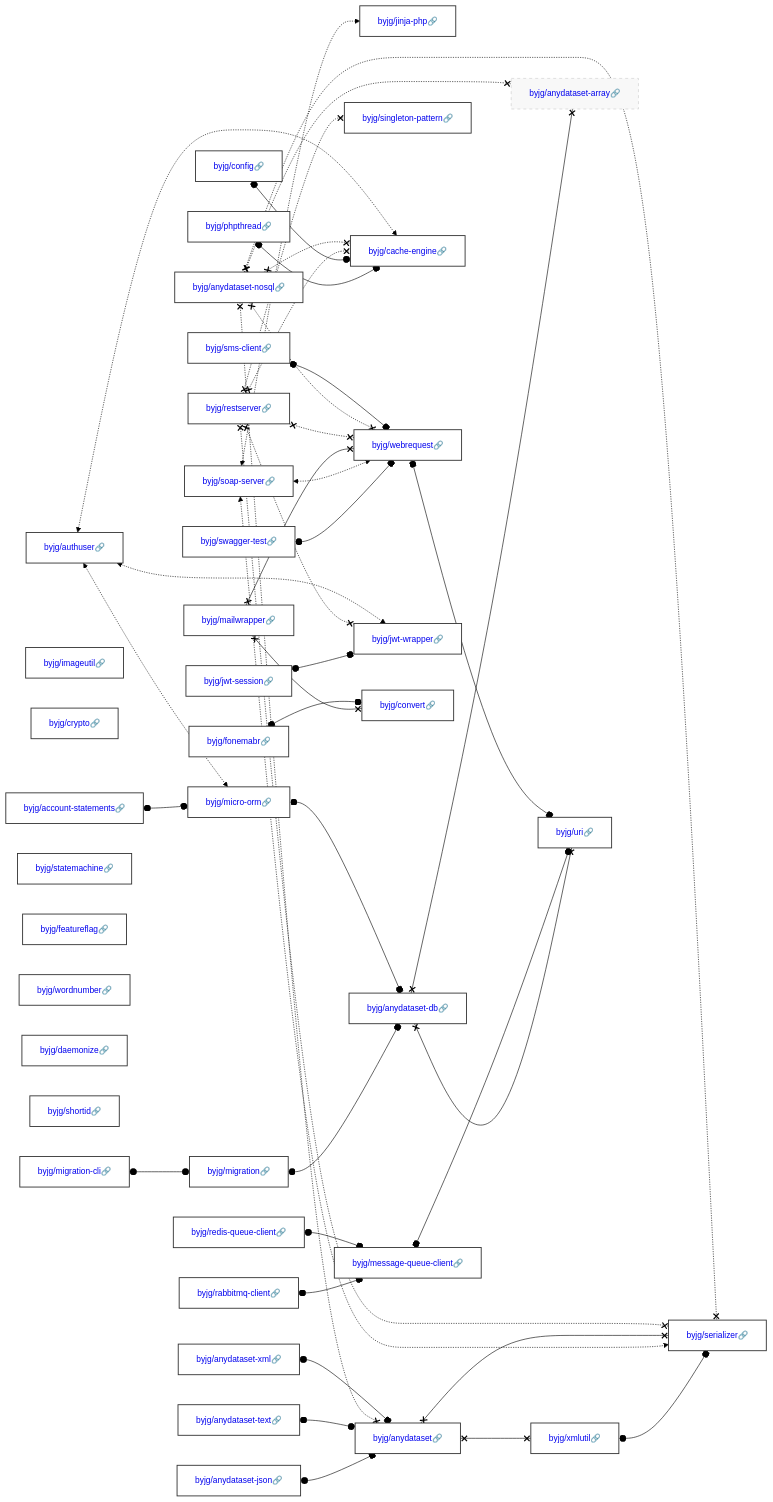
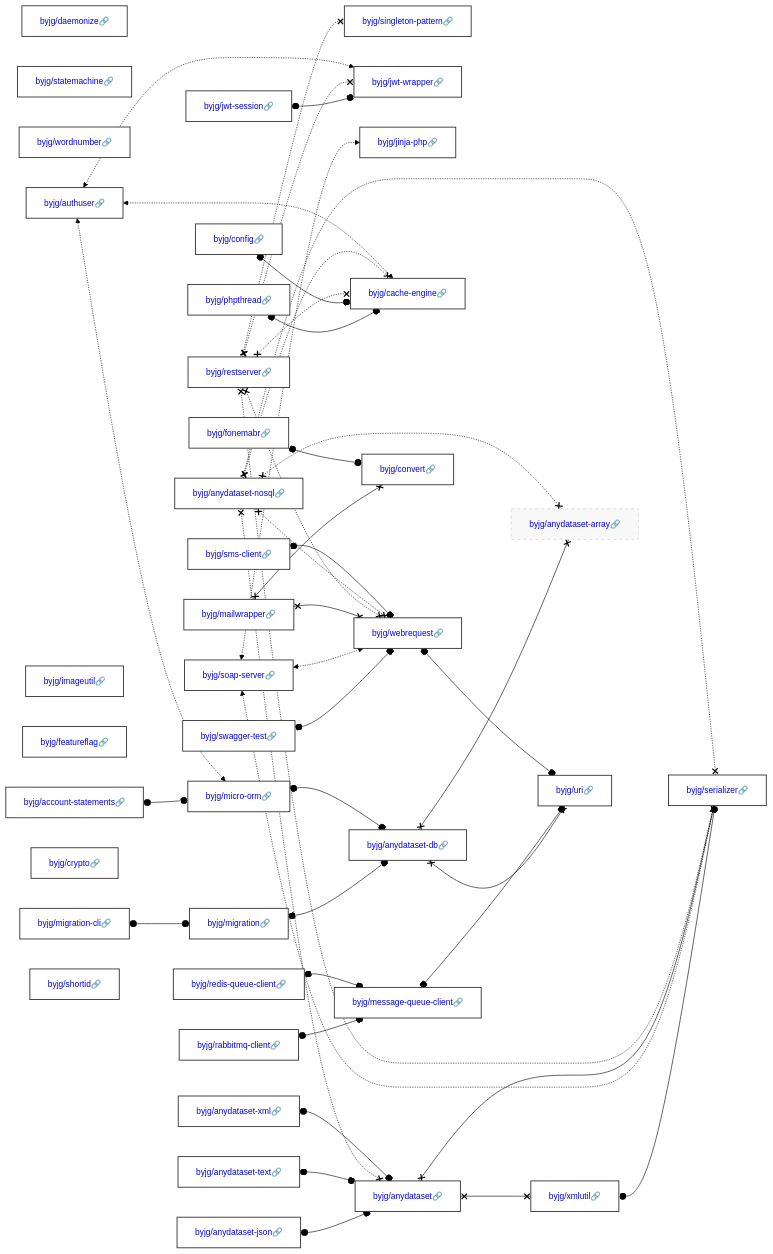
Before and after one commit to byjg/byjg.github.io: the diagram in docs/php/README.md, drawn with Mermaid (forest theme). The commit also changed other lines of this file, not shown here.

Commit message:
Update documentation 'php' 'php-shortid'

````diff
--- a/docs/php/README.md
+++ b/docs/php/README.md
@@ -3,45 +3,45 @@
 ```mermaid
 graph LR;
+  byjg/daemonize[<a href='https://opensource.byjg.com/docs/php/daemonize' style='text-decoration:none'>byjg/daemonize🔗</a>];
+  byjg/fonemabr[<a href='https://opensource.byjg.com/docs/php/fonemabr' style='text-decoration:none'>byjg/fonemabr🔗</a>];
+  byjg/statemachine[<a href='https://opensource.byjg.com/docs/php/statemachine' style='text-decoration:none'>byjg/statemachine🔗</a>];
+  byjg/wordnumber[<a href='https://opensource.byjg.com/docs/php/wordnumber' style='text-decoration:none'>byjg/wordnumber🔗</a>];
+  byjg/restserver[<a href='https://opensource.byjg.com/docs/php/restserver' style='text-decoration:none'>byjg/restserver🔗</a>];
+  byjg/anydataset-text[<a href='https://opensource.byjg.com/docs/php/anydataset-text' style='text-decoration:none'>byjg/anydataset-text🔗</a>];
   byjg/migration-cli[<a href='https://opensource.byjg.com/docs/php/migration-cli' style='text-decoration:none'>byjg/migration-cli🔗</a>];
+  byjg/imageutil[<a href='https://opensource.byjg.com/docs/php/imageutil' style='text-decoration:none'>byjg/imageutil🔗</a>];
+  byjg/sms-client[<a href='https://opensource.byjg.com/docs/php/sms-client' style='text-decoration:none'>byjg/sms-client🔗</a>];
+  byjg/featureflag[<a href='https://opensource.byjg.com/docs/php/featureflag' style='text-decoration:none'>byjg/featureflag🔗</a>];
+  byjg/phpthread[<a href='https://opensource.byjg.com/docs/php/phpthread' style='text-decoration:none'>byjg/phpthread🔗</a>];
+  byjg/authuser[<a href='https://opensource.byjg.com/docs/php/authuser' style='text-decoration:none'>byjg/authuser🔗</a>];
+  byjg/jwt-session[<a href='https://opensource.byjg.com/docs/php/jwt-session' style='text-decoration:none'>byjg/jwt-session🔗</a>];
+  byjg/soap-server[<a href='https://opensource.byjg.com/docs/php/soap-server' style='text-decoration:none'>byjg/soap-server🔗</a>];
+  byjg/crypto[<a href='https://opensource.byjg.com/docs/php/crypto' style='text-decoration:none'>byjg/crypto🔗</a>];
+  byjg/account-statements[<a href='https://opensource.byjg.com/docs/php/account-statements' style='text-decoration:none'>byjg/account-statements🔗</a>];
+  byjg/rabbitmq-client[<a href='https://opensource.byjg.com/docs/php/rabbitmq-client' style='text-decoration:none'>byjg/rabbitmq-client🔗</a>];
   byjg/anydataset-xml[<a href='https://opensource.byjg.com/docs/php/anydataset-xml' style='text-decoration:none'>byjg/anydataset-xml🔗</a>];
-  byjg/jwt-session[<a href='https://opensource.byjg.com/docs/php/jwt-session' style='text-decoration:none'>byjg/jwt-session🔗</a>];
-  byjg/imageutil[<a href='https://opensource.byjg.com/docs/php/imageutil' style='text-decoration:none'>byjg/imageutil🔗</a>];
-  byjg/crypto[<a href='https://opensource.byjg.com/docs/php/crypto' style='text-decoration:none'>byjg/crypto🔗</a>];
+  byjg/shortid[<a href='https://opensource.byjg.com/docs/php/shortid' style='text-decoration:none'>byjg/shortid🔗</a>];
+  byjg/swagger-test[<a href='https://opensource.byjg.com/docs/php/swagger-test' style='text-decoration:none'>byjg/swagger-test🔗</a>];
+  byjg/redis-queue-client[<a href='https://opensource.byjg.com/docs/php/redis-queue-client' style='text-decoration:none'>byjg/redis-queue-client🔗</a>];
+  byjg/anydataset-nosql[<a href='https://opensource.byjg.com/docs/php/anydataset-nosql' style='text-decoration:none'>byjg/anydataset-nosql🔗</a>];
   byjg/config[<a href='https://opensource.byjg.com/docs/php/config' style='text-decoration:none'>byjg/config🔗</a>];
-  byjg/authuser[<a href='https://opensource.byjg.com/docs/php/authuser' style='text-decoration:none'>byjg/authuser🔗</a>];
-  byjg/statemachine[<a href='https://opensource.byjg.com/docs/php/statemachine' style='text-decoration:none'>byjg/statemachine🔗</a>];
   byjg/anydataset-json[<a href='https://opensource.byjg.com/docs/php/anydataset-json' style='text-decoration:none'>byjg/anydataset-json🔗</a>];
-  byjg/redis-queue-client[<a href='https://opensource.byjg.com/docs/php/redis-queue-client' style='text-decoration:none'>byjg/redis-queue-client🔗</a>];
-  byjg/featureflag[<a href='https://opensource.byjg.com/docs/php/featureflag' style='text-decoration:none'>byjg/featureflag🔗</a>];
-  byjg/soap-server[<a href='https://opensource.byjg.com/docs/php/soap-server' style='text-decoration:none'>byjg/soap-server🔗</a>];
-  byjg/sms-client[<a href='https://opensource.byjg.com/docs/php/sms-client' style='text-decoration:none'>byjg/sms-client🔗</a>];
-  byjg/phpthread[<a href='https://opensource.byjg.com/docs/php/phpthread' style='text-decoration:none'>byjg/phpthread🔗</a>];
-  byjg/wordnumber[<a href='https://opensource.byjg.com/docs/php/wordnumber' style='text-decoration:none'>byjg/wordnumber🔗</a>];
-  byjg/anydataset-nosql[<a href='https://opensource.byjg.com/docs/php/anydataset-nosql' style='text-decoration:none'>byjg/anydataset-nosql🔗</a>];
-  byjg/swagger-test[<a href='https://opensource.byjg.com/docs/php/swagger-test' style='text-decoration:none'>byjg/swagger-test🔗</a>];
-  byjg/daemonize[<a href='https://opensource.byjg.com/docs/php/daemonize' style='text-decoration:none'>byjg/daemonize🔗</a>];
-  byjg/rabbitmq-client[<a href='https://opensource.byjg.com/docs/php/rabbitmq-client' style='text-decoration:none'>byjg/rabbitmq-client🔗</a>];
-  byjg/anydataset-text[<a href='https://opensource.byjg.com/docs/php/anydataset-text' style='text-decoration:none'>byjg/anydataset-text🔗</a>];
   byjg/mailwrapper[<a href='https://opensource.byjg.com/docs/php/mailwrapper' style='text-decoration:none'>byjg/mailwrapper🔗</a>];
-  byjg/restserver[<a href='https://opensource.byjg.com/docs/php/restserver' style='text-decoration:none'>byjg/restserver🔗</a>];
-  byjg/shortid[<a href='https://opensource.byjg.com/docs/php/shortid' style='text-decoration:none'>byjg/shortid🔗</a>];
-  byjg/fonemabr[<a href='https://opensource.byjg.com/docs/php/fonemabr' style='text-decoration:none'>byjg/fonemabr🔗</a>];
-  byjg/account-statements[<a href='https://opensource.byjg.com/docs/php/account-statements' style='text-decoration:none'>byjg/account-statements🔗</a>];
+  byjg/singleton-pattern[<a href='https://opensource.byjg.com/docs/php/singleton-pattern' style='text-decoration:none'>byjg/singleton-pattern🔗</a>];
   byjg/migration[<a href='https://opensource.byjg.com/docs/php/migration' style='text-decoration:none'>byjg/migration🔗</a>];
+  byjg/jwt-wrapper[<a href='https://opensource.byjg.com/docs/php/jwt-wrapper' style='text-decoration:none'>byjg/jwt-wrapper🔗</a>];
   byjg/jinja-php[<a href='https://opensource.byjg.com/docs/php/jinja-php' style='text-decoration:none'>byjg/jinja-php🔗</a>];
+  byjg/micro-orm[<a href='https://opensource.byjg.com/docs/php/micro-orm' style='text-decoration:none'>byjg/micro-orm🔗</a>];
   byjg/message-queue-client[<a href='https://opensource.byjg.com/docs/php/message-queue-client' style='text-decoration:none'>byjg/message-queue-client🔗</a>];
+  byjg/cache-engine[<a href='https://opensource.byjg.com/docs/php/cache-engine' style='text-decoration:none'>byjg/cache-engine🔗</a>];
   byjg/anydataset[<a href='https://opensource.byjg.com/docs/php/anydataset' style='text-decoration:none'>byjg/anydataset🔗</a>];
-  byjg/singleton-pattern[<a href='https://opensource.byjg.com/docs/php/singleton-pattern' style='text-decoration:none'>byjg/singleton-pattern🔗</a>];
-  byjg/cache-engine[<a href='https://opensource.byjg.com/docs/php/cache-engine' style='text-decoration:none'>byjg/cache-engine🔗</a>];
+  byjg/convert[<a href='https://opensource.byjg.com/docs/php/convert' style='text-decoration:none'>byjg/convert🔗</a>];
   byjg/webrequest[<a href='https://opensource.byjg.com/docs/php/webrequest' style='text-decoration:none'>byjg/webrequest🔗</a>];
-  byjg/jwt-wrapper[<a href='https://opensource.byjg.com/docs/php/jwt-wrapper' style='text-decoration:none'>byjg/jwt-wrapper🔗</a>];
-  byjg/convert[<a href='https://opensource.byjg.com/docs/php/convert' style='text-decoration:none'>byjg/convert🔗</a>];
-  byjg/micro-orm[<a href='https://opensource.byjg.com/docs/php/micro-orm' style='text-decoration:none'>byjg/micro-orm🔗</a>];
+  byjg/anydataset-db[<a href='https://opensource.byjg.com/docs/php/anydataset-db' style='text-decoration:none'>byjg/anydataset-db🔗</a>];
   byjg/xmlutil[<a href='https://opensource.byjg.com/docs/php/xmlutil' style='text-decoration:none'>byjg/xmlutil🔗</a>];
-  byjg/anydataset-db[<a href='https://opensource.byjg.com/docs/php/anydataset-db' style='text-decoration:none'>byjg/anydataset-db🔗</a>];
-  byjg/serializer[<a href='https://opensource.byjg.com/docs/php/serializer' style='text-decoration:none'>byjg/serializer🔗</a>];
   byjg/anydataset-array[<a href='https://opensource.byjg.com/docs/php/anydataset-array' style='text-decoration:none'>byjg/anydataset-array🔗</a>];
   byjg/uri[<a href='https://opensource.byjg.com/docs/php/uri' style='text-decoration:none'>byjg/uri🔗</a>];
+  byjg/serializer[<a href='https://opensource.byjg.com/docs/php/serializer' style='text-decoration:none'>byjg/serializer🔗</a>];
   byjg/xmlutil o--o byjg/serializer;
   byjg/rabbitmq-client o--o byjg/message-queue-client;
   byjg/migration o--o byjg/anydataset-db;
````
